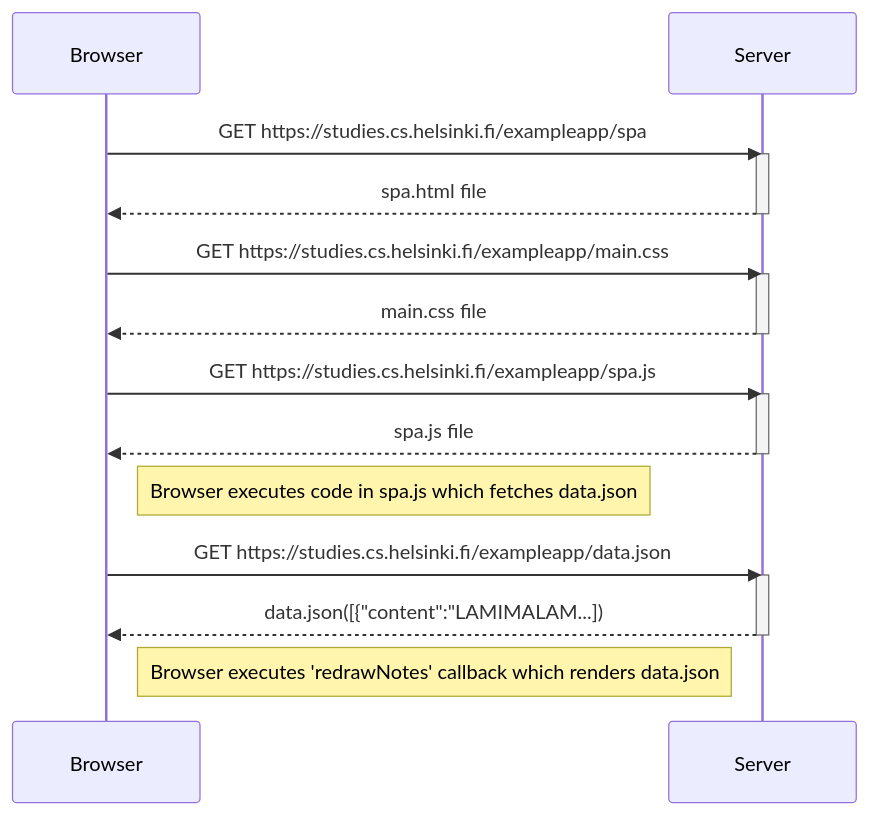
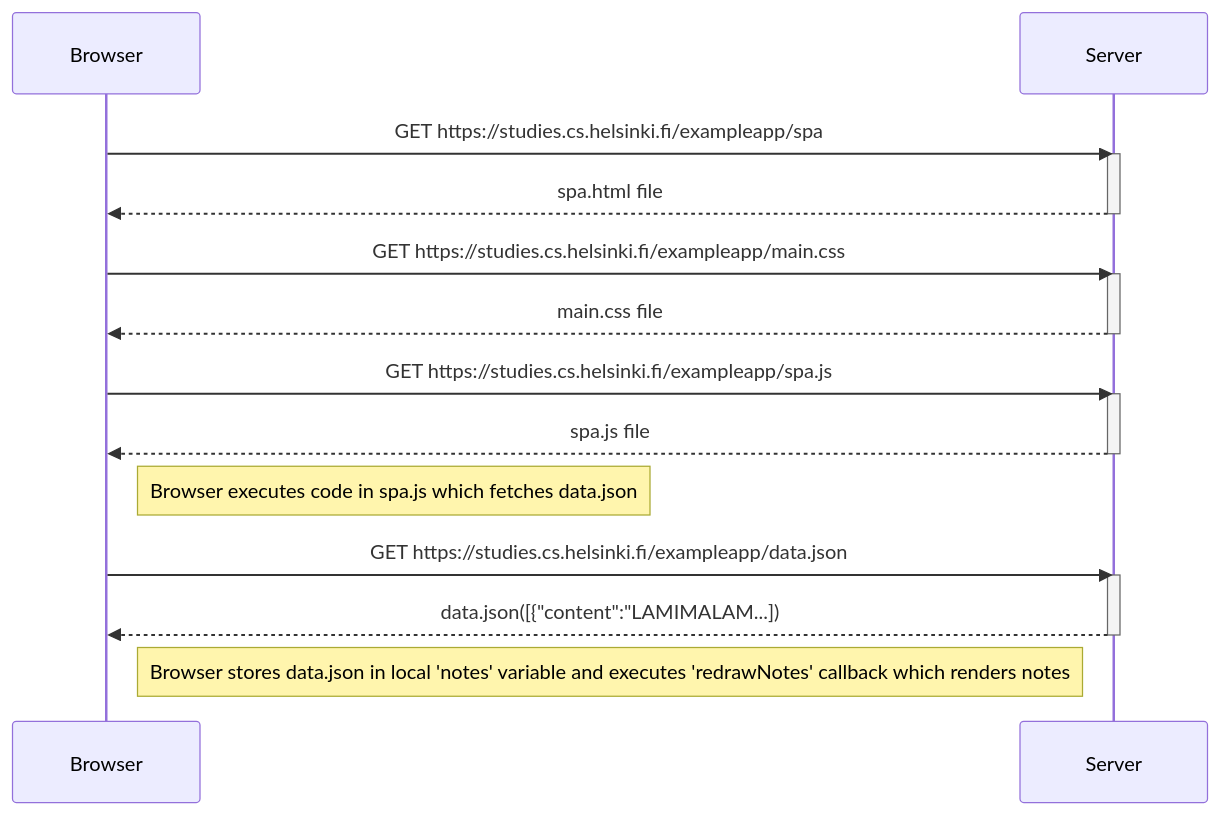
One commit to pharshavardhan2/fullstackopen changed the diagram in part0/0.5SPADiagram.md. Above: the diagram before and after it, drawn with Mermaid.

Commit message:
updated json data handling

````diff
--- a/part0/0.5SPADiagram.md
+++ b/part0/0.5SPADiagram.md
@@ -1,29 +1,29 @@
 ```mermaid
 sequenceDiagram
   participant B as Browser
   participant S as Server
 
   B->>S: GET https://studies.cs.helsinki.fi/exampleapp/spa
   activate S
   S-->>B: spa.html file
   deactivate S
 
   B->>S: GET https://studies.cs.helsinki.fi/exampleapp/main.css
   activate S
   S-->>B: main.css file
   deactivate S
 
   B->>S: GET https://studies.cs.helsinki.fi/exampleapp/spa.js
   activate S
   S-->>B: spa.js file
   deactivate S
 
   Note right of B: Browser executes code in spa.js which fetches data.json
 
   B->>S: GET https://studies.cs.helsinki.fi/exampleapp/data.json
   activate S
   S-->>B: data.json([{"content":"LAMIMALAM...])
   deactivate S
 
-  Note right of B: Browser executes 'redrawNotes' callback which renders data.json
+  Note right of B: Browser stores data.json in local 'notes' variable and executes 'redrawNotes' callback which renders notes
 ```
````
